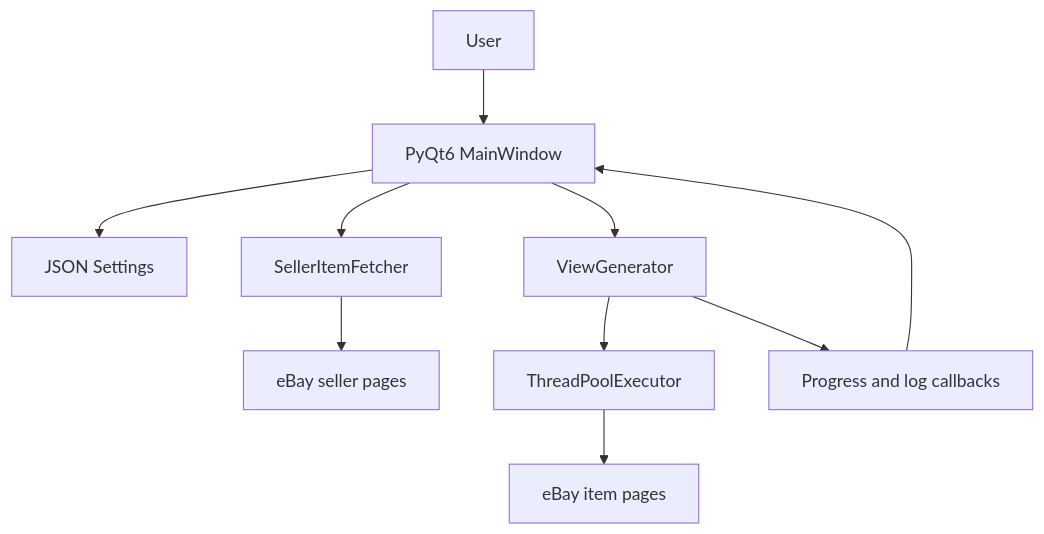
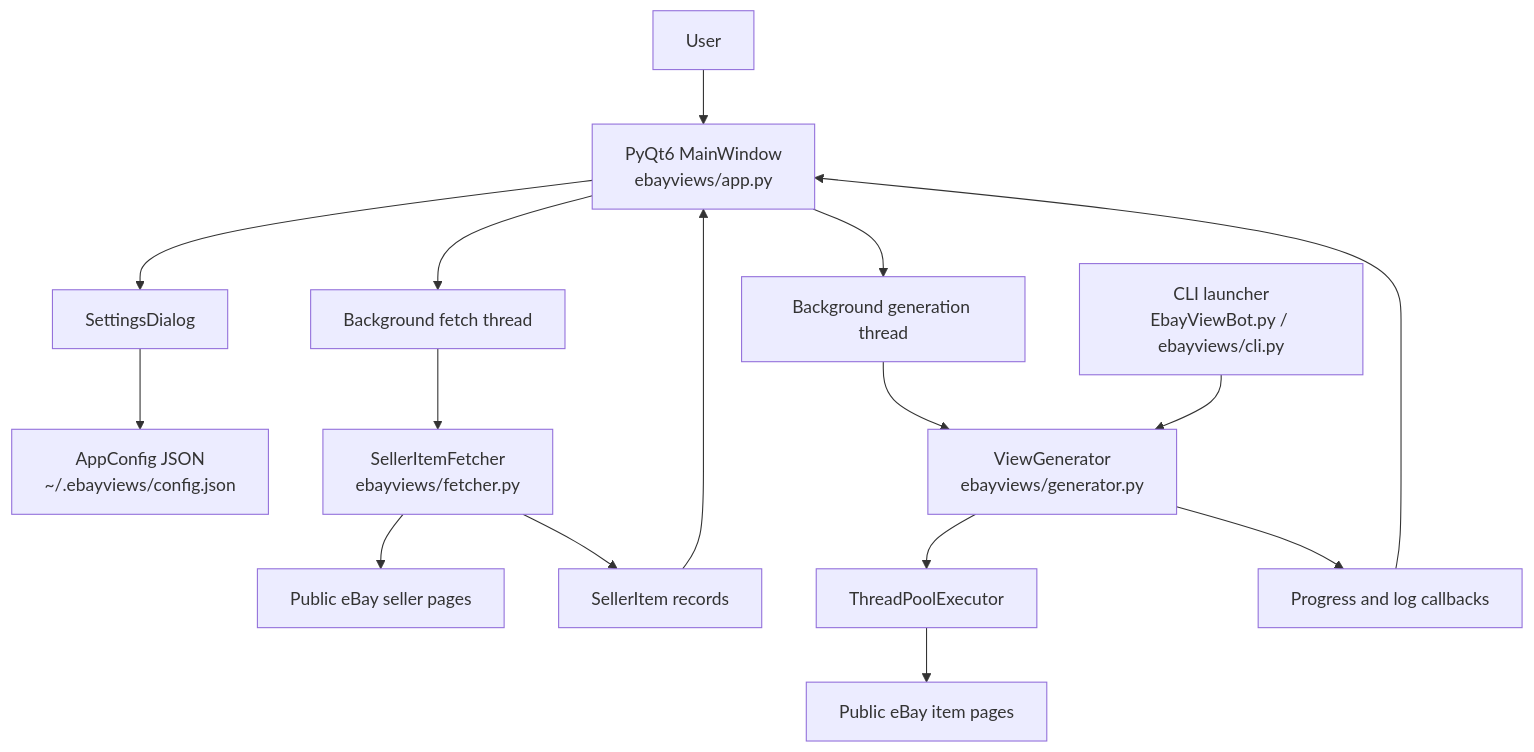
The diagram in .portfolio/architecture.md (Technical-1/EbayViews-Desktop), drawn with Mermaid before and after one commit. The commit also changed other lines of this file and 3 other files, not shown here.

````diff
--- a/.portfolio/architecture.md
+++ b/.portfolio/architecture.md
@@ -5,12 +5,18 @@
 ```mermaid
 flowchart TD
-    User[User] --> UI[PyQt6 MainWindow]
-    UI --> Settings[JSON Settings]
-    UI --> Fetcher[SellerItemFetcher]
-    Fetcher --> EbaySeller[eBay seller pages]
-    UI --> Generator[ViewGenerator]
-    Generator --> Pool[ThreadPoolExecutor]
-    Pool --> EbayItems[eBay item pages]
-    Generator --> Logs[Progress and log callbacks]
-    Logs --> UI
+    User["User"] --> UI["PyQt6 MainWindow\nebayviews/app.py"]
+    UI --> SettingsDialog["SettingsDialog"]
+    SettingsDialog --> Config["AppConfig JSON\n~/.ebayviews/config.json"]
+    UI --> FetchThread["Background fetch thread"]
+    FetchThread --> Fetcher["SellerItemFetcher\nebayviews/fetcher.py"]
+    Fetcher --> SellerPages["Public eBay seller pages"]
+    Fetcher --> Items["SellerItem records"]
+    Items --> UI
+    UI --> GeneratorThread["Background generation thread"]
+    GeneratorThread --> Generator["ViewGenerator\nebayviews/generator.py"]
+    Generator --> Pool["ThreadPoolExecutor"]
+    Pool --> ItemPages["Public eBay item pages"]
+    Generator --> Signals["Progress and log callbacks"]
+    Signals --> UI
+    CLI["CLI launcher\nEbayViewBot.py / ebayviews/cli.py"] --> Generator
 ```
````
